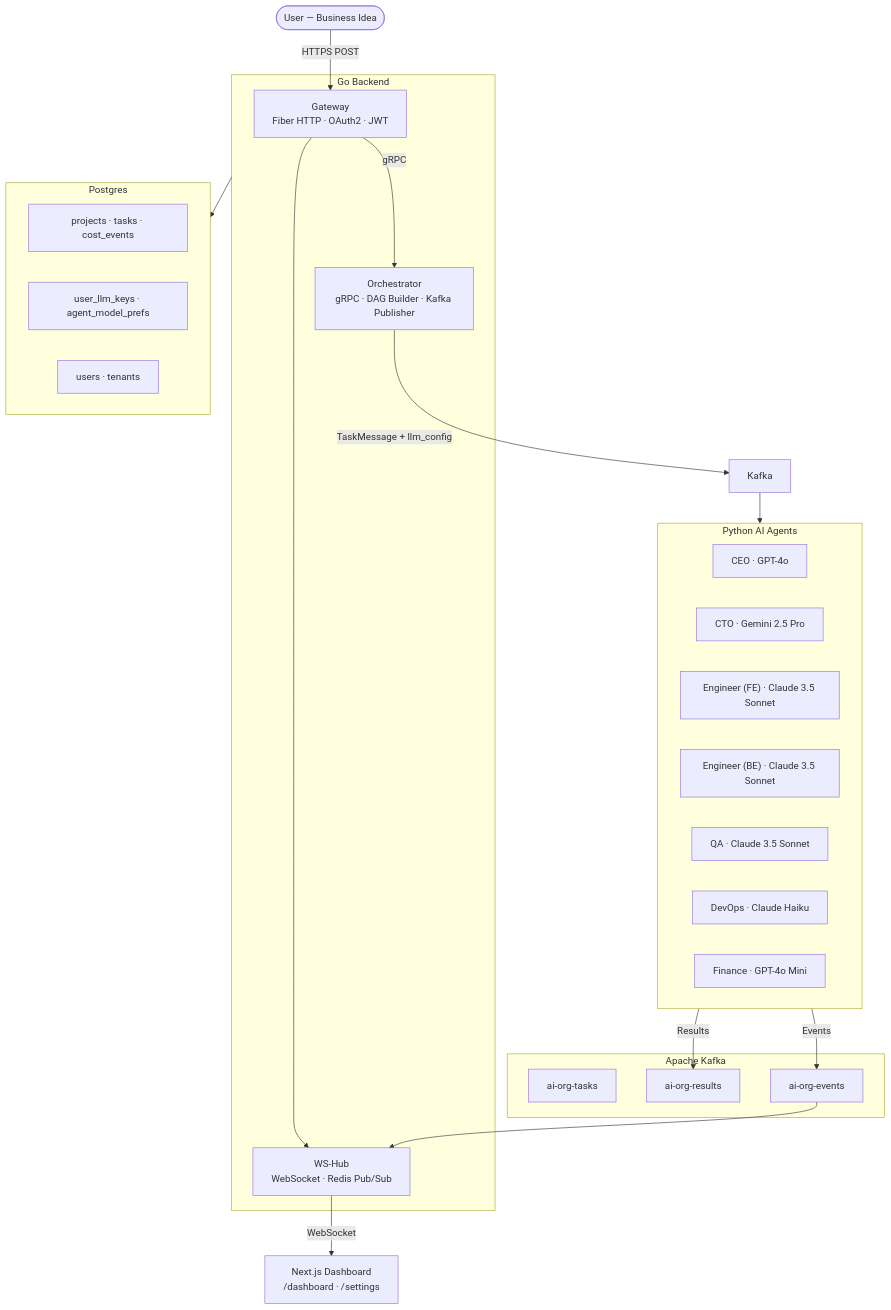
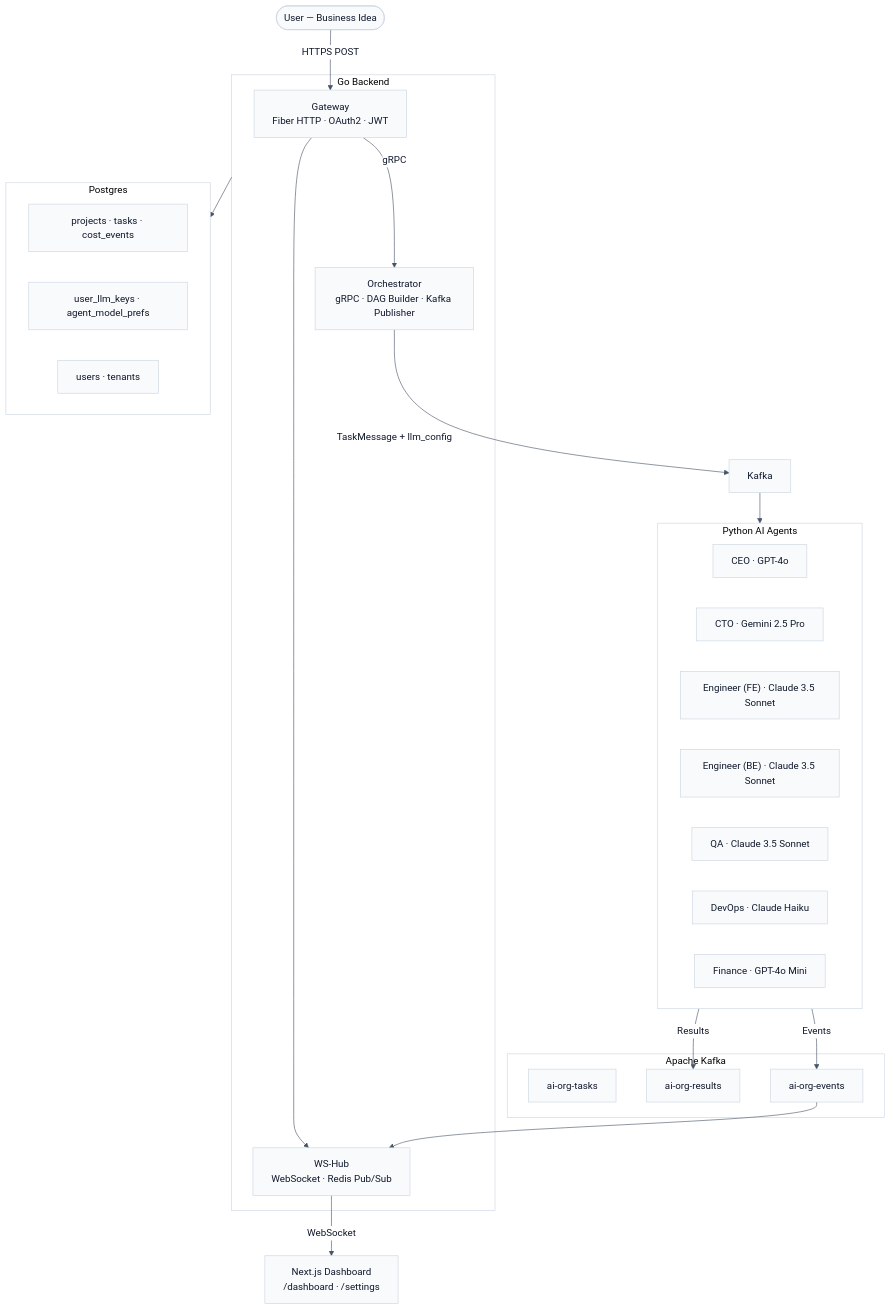
Before and after one commit to ArshVermaGit/Autonomous-Multi-Agent-AI-Organization: the diagram in README.md, drawn with Mermaid. The commit also changed other lines of this file, not shown here.

Commit message:
docs: refresh README design with white mermaid chart, badges and emojis

````diff
--- a/README.md
+++ b/README.md
@@ -25,45 +32,46 @@
 ```mermaid
+%%{init: {'theme': 'base', 'themeVariables': { 'background': '#ffffff', 'primaryColor': '#f8fafc', 'primaryBorderColor': '#cbd5e1', 'primaryTextColor': '#0f172a', 'lineColor': '#475569', 'clusterBkg': '#ffffff', 'clusterBorder': '#cbd5e1', 'edgeLabelBackground': '#ffffff'}}}%%
 flowchart TB
     User(["User — Business Idea"]) -->|"HTTPS POST"| GW
 
     subgraph GoBackend ["Go Backend"]
         GW["Gateway\nFiber HTTP · OAuth2 · JWT"]
         Orch["Orchestrator\ngRPC · DAG Builder · Kafka Publisher"]
         WS["WS-Hub\nWebSocket · Redis Pub/Sub"]
         GW -->|"gRPC"| Orch
         GW --> WS
     end
 
     Orch -->|"TaskMessage + llm_config"| Kafka
 
     subgraph EventBus ["Apache Kafka"]
         T["ai-org-tasks"]
         R["ai-org-results"]
         E["ai-org-events"]
     end
 
     Kafka --> Agents
 
     subgraph Agents ["Python AI Agents"]
         CEO["CEO · GPT-4o"]
         CTO["CTO · Gemini 2.5 Pro"]
         ENG_FE["Engineer (FE) · Claude 3.5 Sonnet"]
         ENG_BE["Engineer (BE) · Claude 3.5 Sonnet"]
         QA["QA · Claude 3.5 Sonnet"]
         OPS["DevOps · Claude Haiku"]
         FIN["Finance · GPT-4o Mini"]
     end
 
     Agents -->|"Results"| R
     Agents -->|"Events"| E
     E --> WS
 
     subgraph DB ["Postgres"]
         P1["projects · tasks · cost_events"]
         P2["user_llm_keys · agent_model_prefs"]
         P3["users · tenants"]
     end
 
     GoBackend --> DB
     WS -->|"WebSocket"| Dash["Next.js Dashboard\n/dashboard · /settings"]
 ```
````
